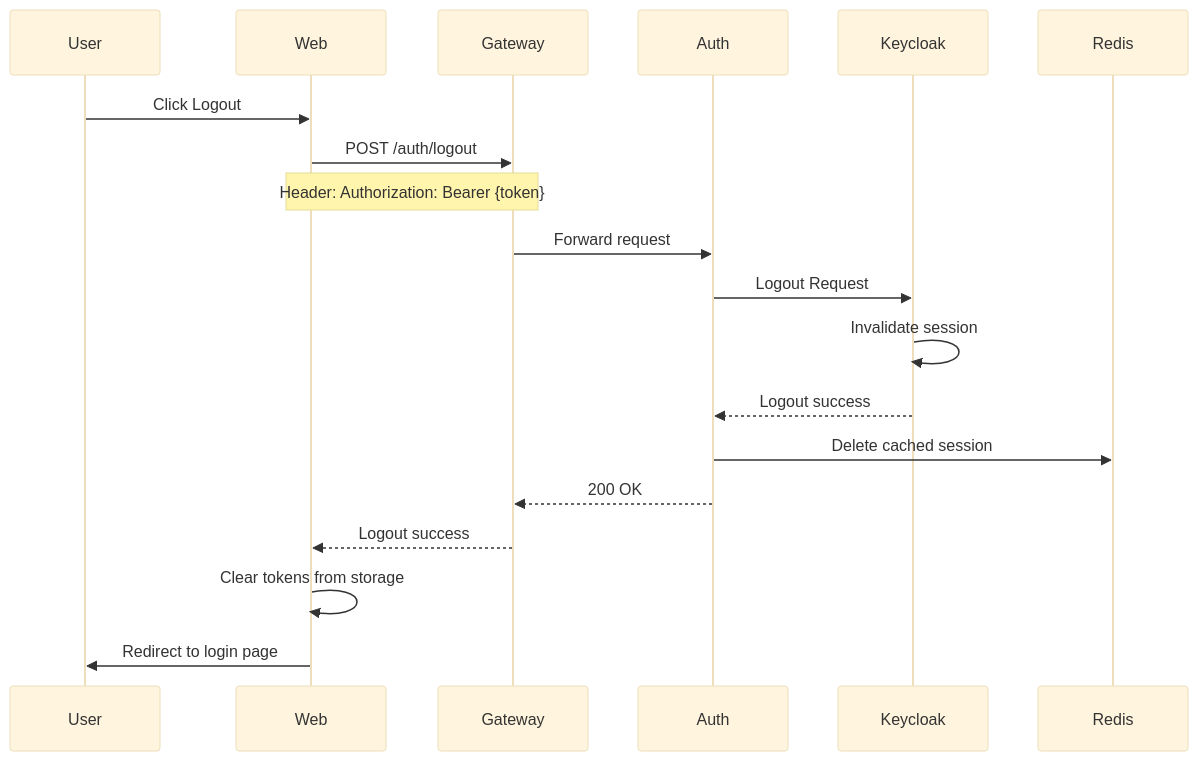
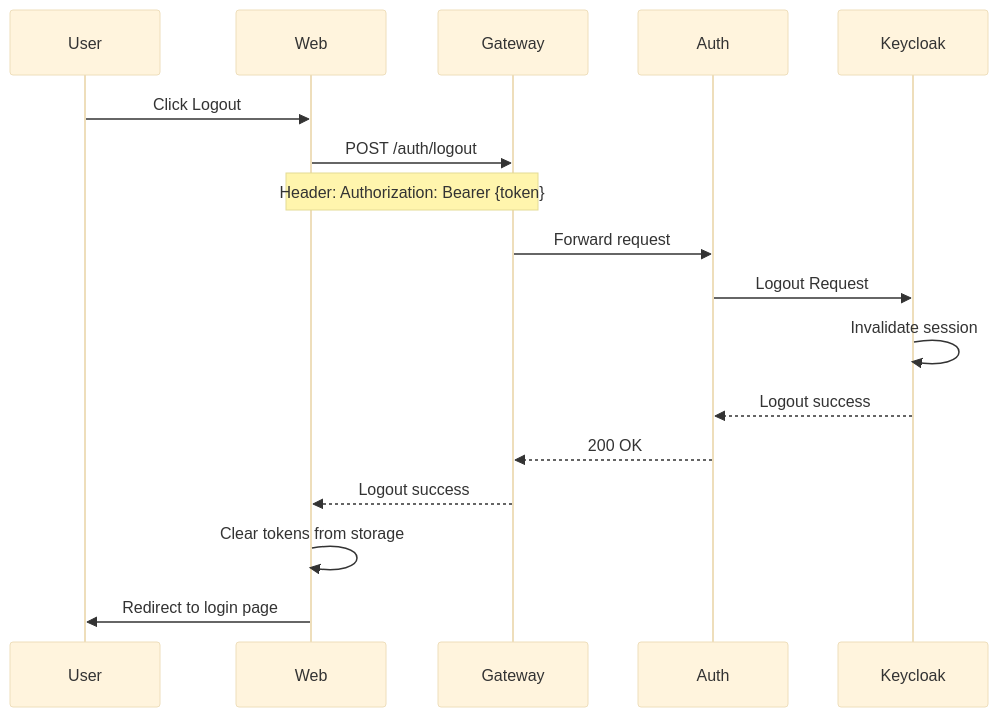
Before and after one commit to gnuhhung317/project3-reports: the sixth of 6 diagrams in week1/keycloak.md, drawn with Mermaid (base theme). The commit also changed other lines of this file, not shown here.

````diff
--- a/week1/keycloak.md
+++ b/week1/keycloak.md
@@ -389,24 +361,22 @@
 ```mermaid
 sequenceDiagram
     participant User
     participant Web
     participant Gateway
     participant Auth
     participant Keycloak
-    participant Redis
     
     User->>Web: Click Logout
     Web->>Gateway: POST /auth/logout
     Note over Web,Gateway: Header: Authorization: Bearer {token}
     Gateway->>Auth: Forward request
     
     Auth->>Keycloak: Logout Request
     Keycloak->>Keycloak: Invalidate session
     Keycloak-->>Auth: Logout success
     
-    Auth->>Redis: Delete cached session
     Auth-->>Gateway: 200 OK
     Gateway-->>Web: Logout success
     Web->>Web: Clear tokens from storage
     Web->>User: Redirect to login page
 ```
````
